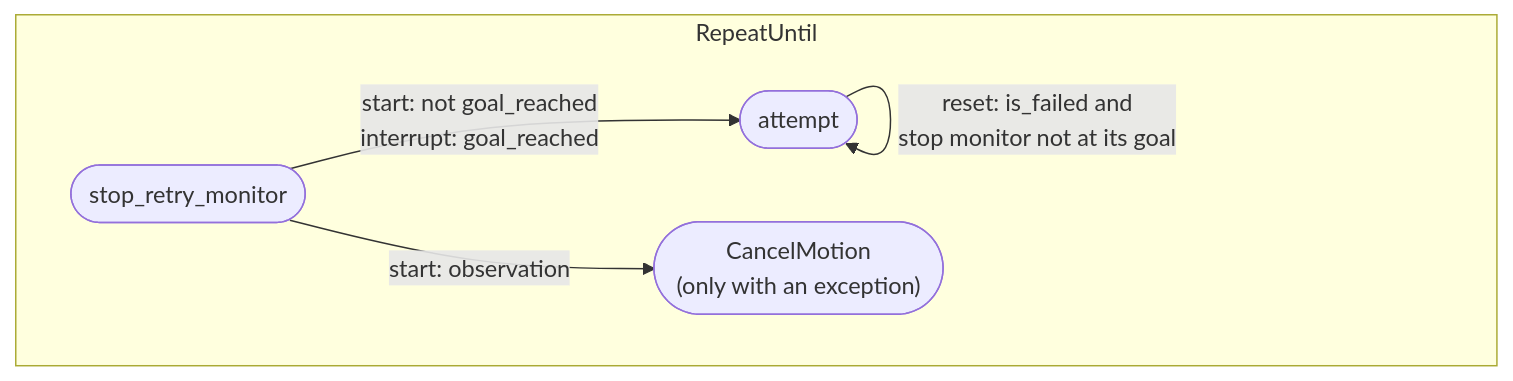
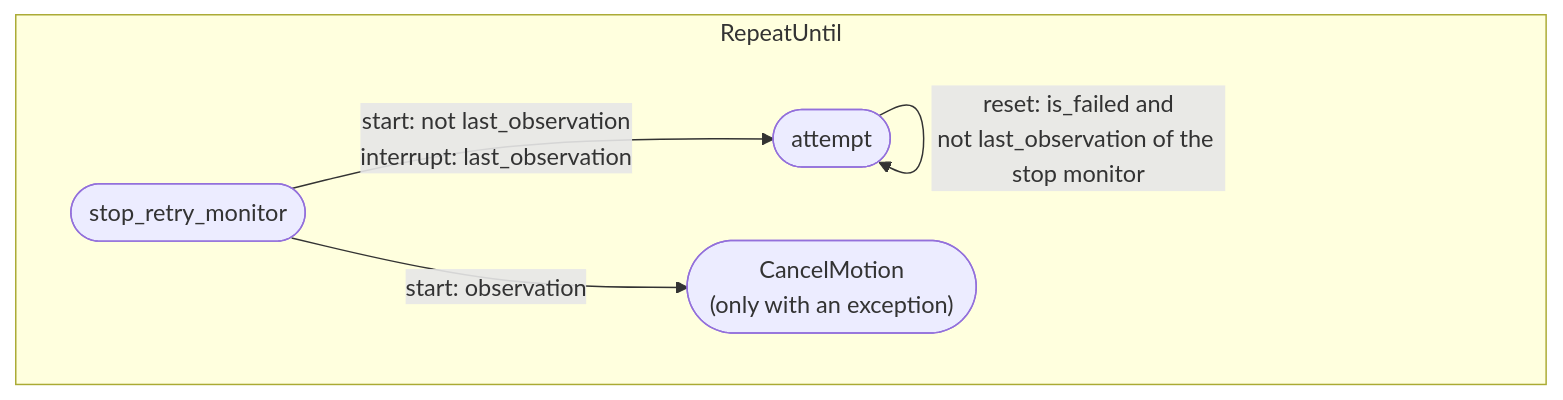
One commit to Tigul/cognitive_robot_abstract_machine changed the tenth of 11 diagrams in giskardpy/doc/motion_statecharts.md. Above: the diagram before and after it, drawn with Mermaid. The commit also changed other lines of this file and 16 other files, not shown here.

First line of the commit message:
refactor(motion_statechart): replace `goal_reached` with `last_observation` across codebase

````diff
--- a/giskardpy/doc/motion_statecharts.md
+++ b/giskardpy/doc/motion_statecharts.md
@@ -468,12 +460,12 @@
 ```{mermaid}
 flowchart LR
     subgraph repeat ["RepeatUntil"]
         direction LR
         stop(["stop_retry_monitor"])
         attempt(["attempt"])
         cancel(["CancelMotion<br/>(only with an exception)"])
     end
-    stop -- "start: not goal_reached<br/>interrupt: goal_reached" --> attempt
-    attempt -- "reset: is_failed and<br/>stop monitor not at its goal" --> attempt
+    stop -- "start: not last_observation<br/>interrupt: last_observation" --> attempt
+    attempt -- "reset: is_failed and<br/>not last_observation of the stop monitor" --> attempt
     stop -- "start: observation" --> cancel
 ```
````
